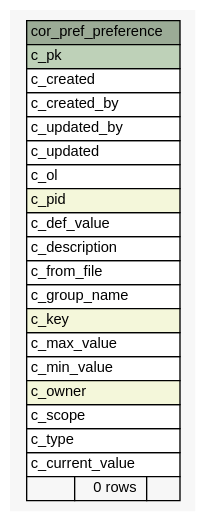
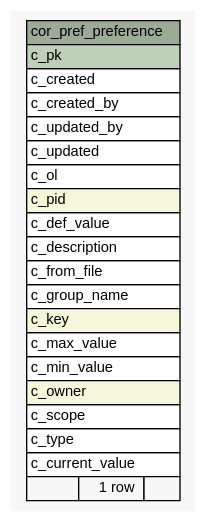
One commit to openwms/org.openwms.core.preferences.lib changed the diagram in 1.0.0-SNAPSHOT/schemaspy/diagrams/summary/cor_pref_preference.1degree.dot. Above: the diagram before and after it, drawn with Graphviz. The commit also changed 32 other files, not shown here.

```diff
--- a/1.0.0-SNAPSHOT/schemaspy/diagrams/summary/cor_pref_preference.1degree.dot
+++ b/1.0.0-SNAPSHOT/schemaspy/diagrams/summary/cor_pref_preference.1degree.dot
@@ -1,47 +1,47 @@
-// dot 2.43.0 on Linux 5.15.0-1036-azure
+// dot 2.43.0 on Linux 5.15.0-1038-azure
 // SchemaSpy rev Unknown
 digraph "cor_pref_preference" {
   graph [
     rankdir="RL"
     bgcolor="#f7f7f7"
     nodesep="0.18"
     ranksep="0.46"
     fontname="Helvetica"
     fontsize="11"
   ];
   node [
     fontname="Helvetica"
     fontsize="11"
     shape="plaintext"
   ];
   edge [
     arrowsize="0.8"
   ];
   "cor_pref_preference" [
     label=<
     <TABLE BORDER="0" CELLBORDER="1" CELLSPACING="0" BGCOLOR="#ffffff">
       <TR><TD COLSPAN="3" BGCOLOR="#9bab96" ALIGN="CENTER">cor_pref_preference</TD></TR>
       <TR><TD PORT="c_pk" COLSPAN="3" BGCOLOR="#bed1b8" ALIGN="LEFT">c_pk</TD></TR>
       <TR><TD PORT="c_created" COLSPAN="3" ALIGN="LEFT">c_created</TD></TR>
       <TR><TD PORT="c_created_by" COLSPAN="3" ALIGN="LEFT">c_created_by</TD></TR>
       <TR><TD PORT="c_updated_by" COLSPAN="3" ALIGN="LEFT">c_updated_by</TD></TR>
       <TR><TD PORT="c_updated" COLSPAN="3" ALIGN="LEFT">c_updated</TD></TR>
       <TR><TD PORT="c_ol" COLSPAN="3" ALIGN="LEFT">c_ol</TD></TR>
       <TR><TD PORT="c_pid" COLSPAN="3" BGCOLOR="#f4f7da" ALIGN="LEFT">c_pid</TD></TR>
       <TR><TD PORT="c_def_value" COLSPAN="3" ALIGN="LEFT">c_def_value</TD></TR>
       <TR><TD PORT="c_description" COLSPAN="3" ALIGN="LEFT">c_description</TD></TR>
       <TR><TD PORT="c_from_file" COLSPAN="3" ALIGN="LEFT">c_from_file</TD></TR>
       <TR><TD PORT="c_group_name" COLSPAN="3" ALIGN="LEFT">c_group_name</TD></TR>
       <TR><TD PORT="c_key" COLSPAN="3" BGCOLOR="#f4f7da" ALIGN="LEFT">c_key</TD></TR>
       <TR><TD PORT="c_max_value" COLSPAN="3" ALIGN="LEFT">c_max_value</TD></TR>
       <TR><TD PORT="c_min_value" COLSPAN="3" ALIGN="LEFT">c_min_value</TD></TR>
       <TR><TD PORT="c_owner" COLSPAN="3" BGCOLOR="#f4f7da" ALIGN="LEFT">c_owner</TD></TR>
       <TR><TD PORT="c_scope" COLSPAN="3" ALIGN="LEFT">c_scope</TD></TR>
       <TR><TD PORT="c_type" COLSPAN="3" ALIGN="LEFT">c_type</TD></TR>
       <TR><TD PORT="c_current_value" COLSPAN="3" ALIGN="LEFT">c_current_value</TD></TR>
-      <TR><TD ALIGN="LEFT" BGCOLOR="#f7f7f7">  </TD><TD ALIGN="RIGHT" BGCOLOR="#f7f7f7">0 rows</TD><TD ALIGN="RIGHT" BGCOLOR="#f7f7f7">  </TD></TR>
+      <TR><TD ALIGN="LEFT" BGCOLOR="#f7f7f7">  </TD><TD ALIGN="RIGHT" BGCOLOR="#f7f7f7">1 row</TD><TD ALIGN="RIGHT" BGCOLOR="#f7f7f7">  </TD></TR>
     </TABLE>>
     URL="tables/cor_pref_preference.html"
     tooltip="cor_pref_preference"
   ];
 }
```
